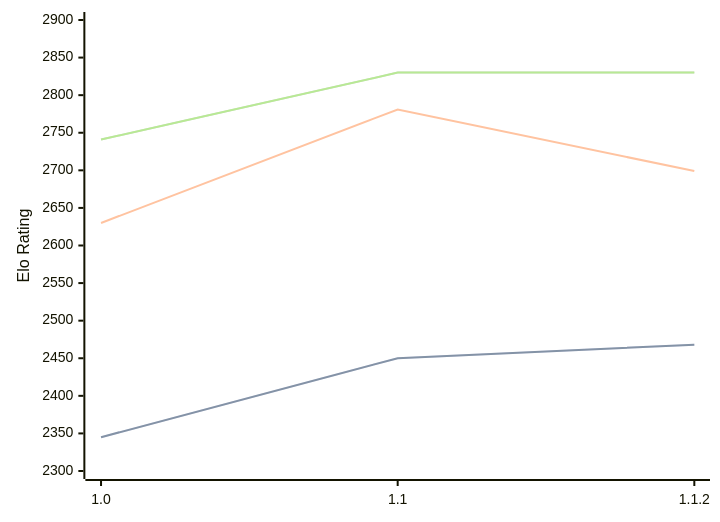
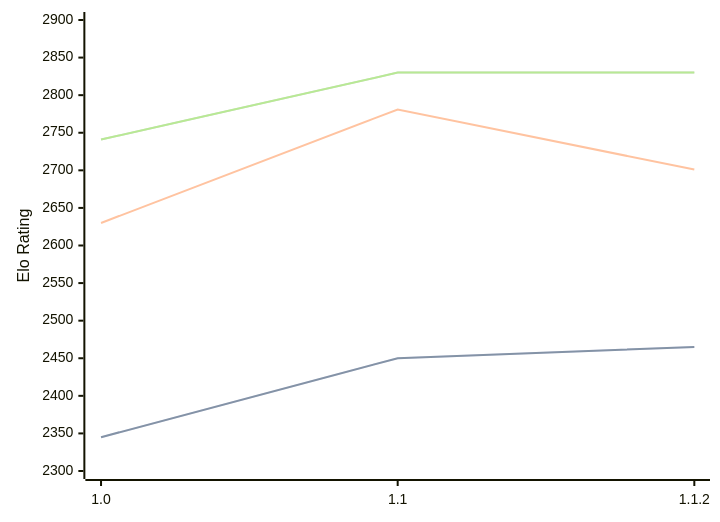
One commit to computer-chess-index/cci changed the diagram in engines/Casanchess.md. Above: the diagram before and after it, drawn with Mermaid. The commit also changed other lines of this file, not shown here.

````diff
--- a/engines/Casanchess.md
+++ b/engines/Casanchess.md
@@ -33,11 +33,11 @@
 ```mermaid
 %%{init: {"theme":"base","themeVariables":{"seriesColors:['#a3a3a3','#222221','#faa371']}}}%%
 xychart-beta
   x-axis ["1.0", "1.1", "1.1.2"]
   y-axis "Elo Rating" 2300 --> 2900
-  line "" [2345, 2450, 2468]
-  line "STC (8.0+0.08s)" [2345, 2450, 2468]
-  line "LTC (60.0+0.60s)" [2630, 2781, 2699]
+  line "" [2345, 2450, 2465]
+  line "STC (8.0+0.08s)" [2345, 2450, 2465]
+  line "LTC (60.0+0.60s)" [2630, 2781, 2701]
   line "" [2741, 2830, 2830]
   line "VLTC (2m24s+1.12s)" [2741, 2830, 2830]
 ```
````
